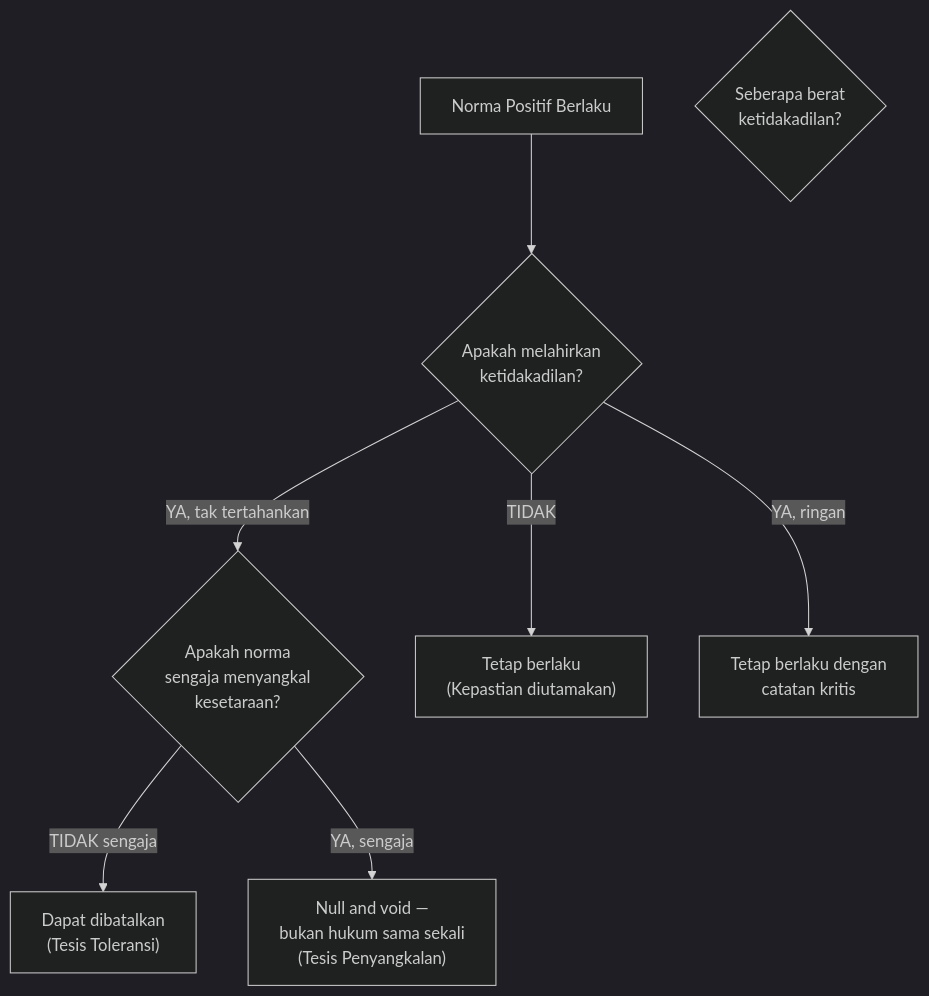
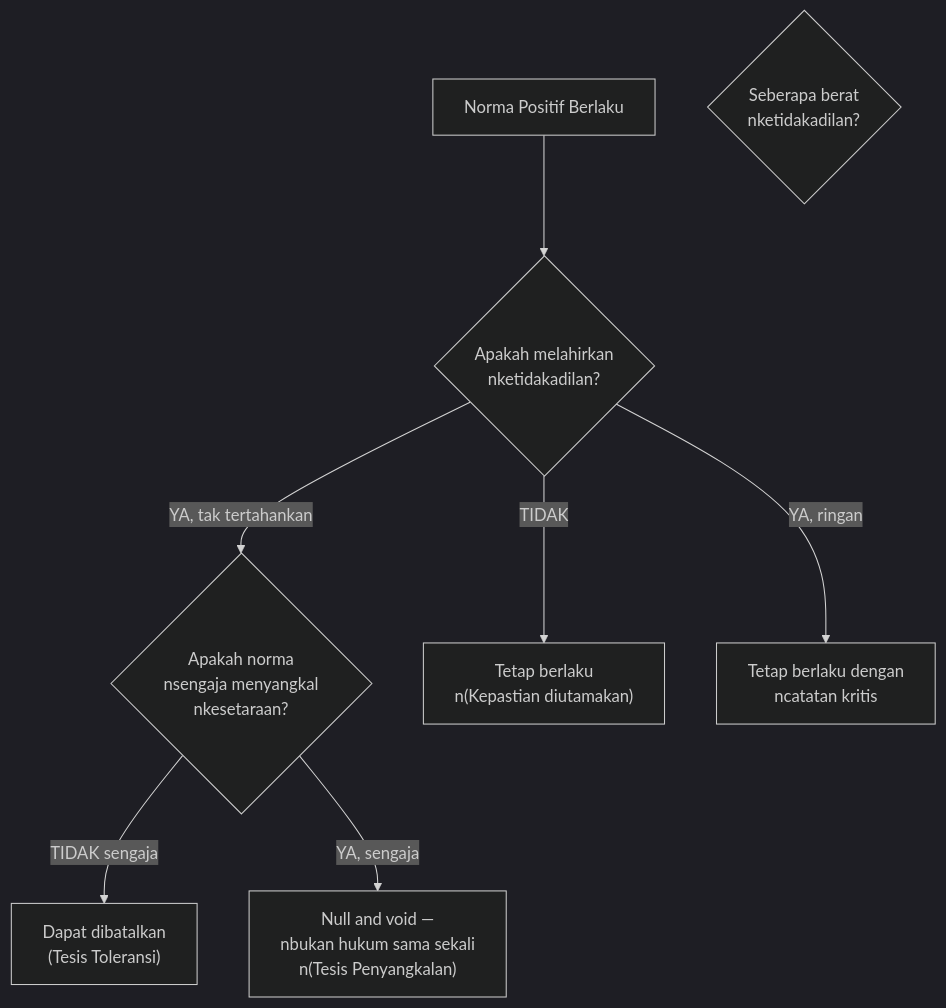
Before and after one commit to hifdzimaulana/beate-vivere: the sixth of 10 diagrams in content/Lectures/filsafat-hukum-postmidterm.md, drawn with Mermaid (dark theme). The commit also changed other lines of this file, not shown here.

````diff
--- a/content/Lectures/filsafat-hukum-postmidterm.md
+++ b/content/Lectures/filsafat-hukum-postmidterm.md
@@ -369,18 +390,19 @@
 ```mermaid
 graph TD
     Start["Norma Positif Berlaku"]
-    Q1{"Apakah melahirkan\nketidakadilan?"}
-    Q2{"Seberapa berat\nketidakadilan?"}
-    Q3{"Apakah norma\nsengaja menyangkal\nkesetaraan?"}
-    A["Tetap berlaku\n(Kepastian diutamakan)"]
-    B["Tetap berlaku dengan\ncatatan kritis"]
-    C["Dapat dibatalkan\n(Tesis Toleransi)"]
-    D["Null and void —\nbukan hukum sama sekali\n(Tesis Penyangkalan)"]
+    Q1{"Apakah melahirkan<br/>nketidakadilan?"}
+    Q2{"Seberapa berat<br/>nketidakadilan?"}
+    Q3{"Apakah norma<br/>nsengaja menyangkal<br/>nkesetaraan?"}
+    A["Tetap berlaku<br/>n(Kepastian diutamakan)"]
+    B["Tetap berlaku dengan<br/>ncatatan kritis"]
+    C["Dapat dibatalkan
+(Tesis Toleransi)"]
+    D["Null and void —<br/>nbukan hukum sama sekali<br/>n(Tesis Penyangkalan)"]
 
     Start --> Q1
     Q1 --> |"TIDAK"| A
     Q1 --> |"YA, ringan"| B
     Q1 --> |"YA, tak tertahankan"| Q3
     Q3 --> |"TIDAK sengaja"| C
     Q3 --> |"YA, sengaja"| D
 ```
````
